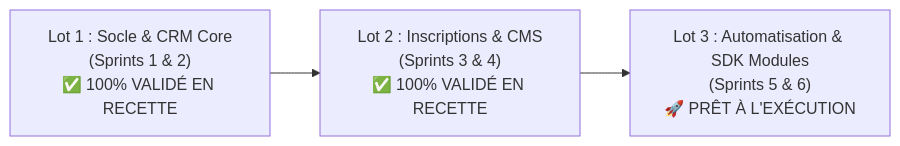
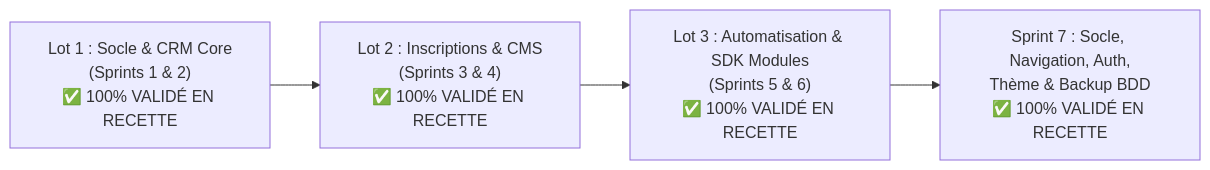
One commit to kanso-ya/kanso-ya changed the first of 2 diagrams in docs/ROADMAP.md. Above: the diagram before and after it, drawn with Mermaid. The commit also changed other lines of this file and 42 other files, not shown here.

Commit message:
Sprint 7 validé : Auth visiteur stricte, URLs propres, QR Code 2FA 30s, Backup BDD (150/150 E2E)

````diff
--- a/docs/ROADMAP.md
+++ b/docs/ROADMAP.md
@@ -14,5 +14,6 @@
 ```mermaid
 flowchart LR
     L1["Lot 1 : Socle & CRM Core\n(Sprints 1 & 2)\n✅ 100% VALIDÉ EN RECETTE"] --> L2["Lot 2 : Inscriptions & CMS\n(Sprints 3 & 4)\n✅ 100% VALIDÉ EN RECETTE"]
-    L2 --> L3["Lot 3 : Automatisation & SDK Modules\n(Sprints 5 & 6)\n🚀 PRÊT À L'EXÉCUTION"]
+    L2 --> L3["Lot 3 : Automatisation & SDK Modules\n(Sprints 5 & 6)\n✅ 100% VALIDÉ EN RECETTE"]
+    L3 --> L4["Sprint 7 : Socle, Navigation, Auth,\nThème & Backup BDD\n✅ 100% VALIDÉ EN RECETTE"]
 ```
````
